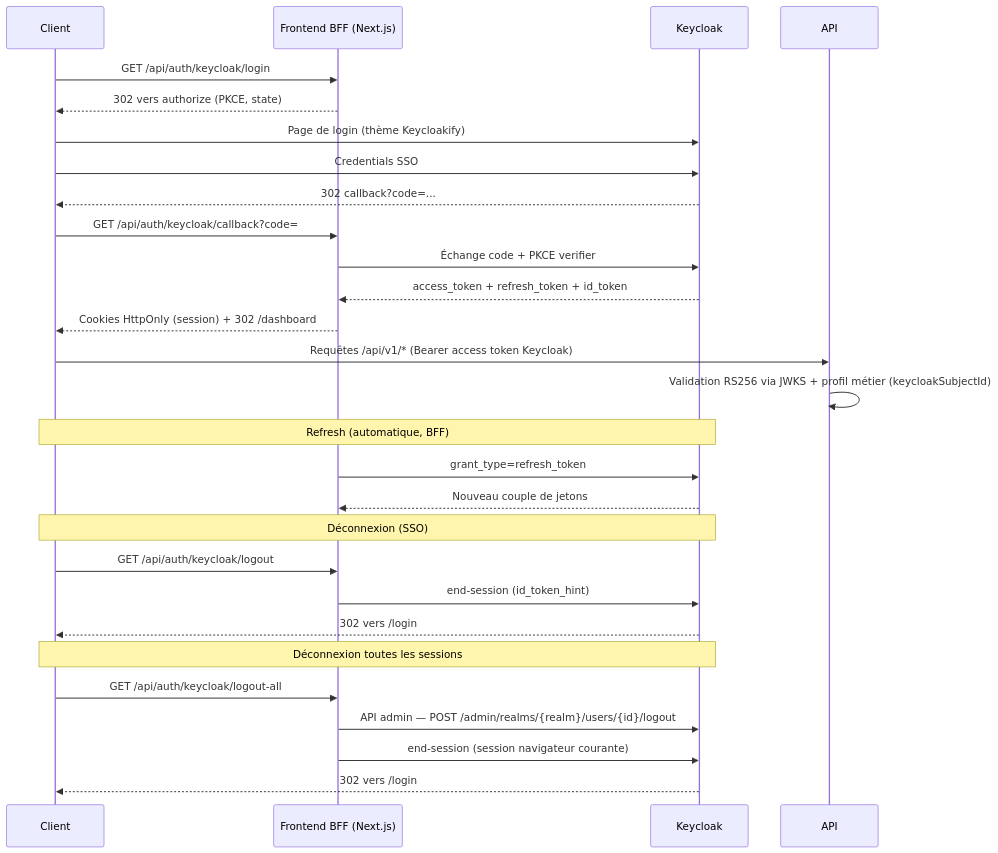
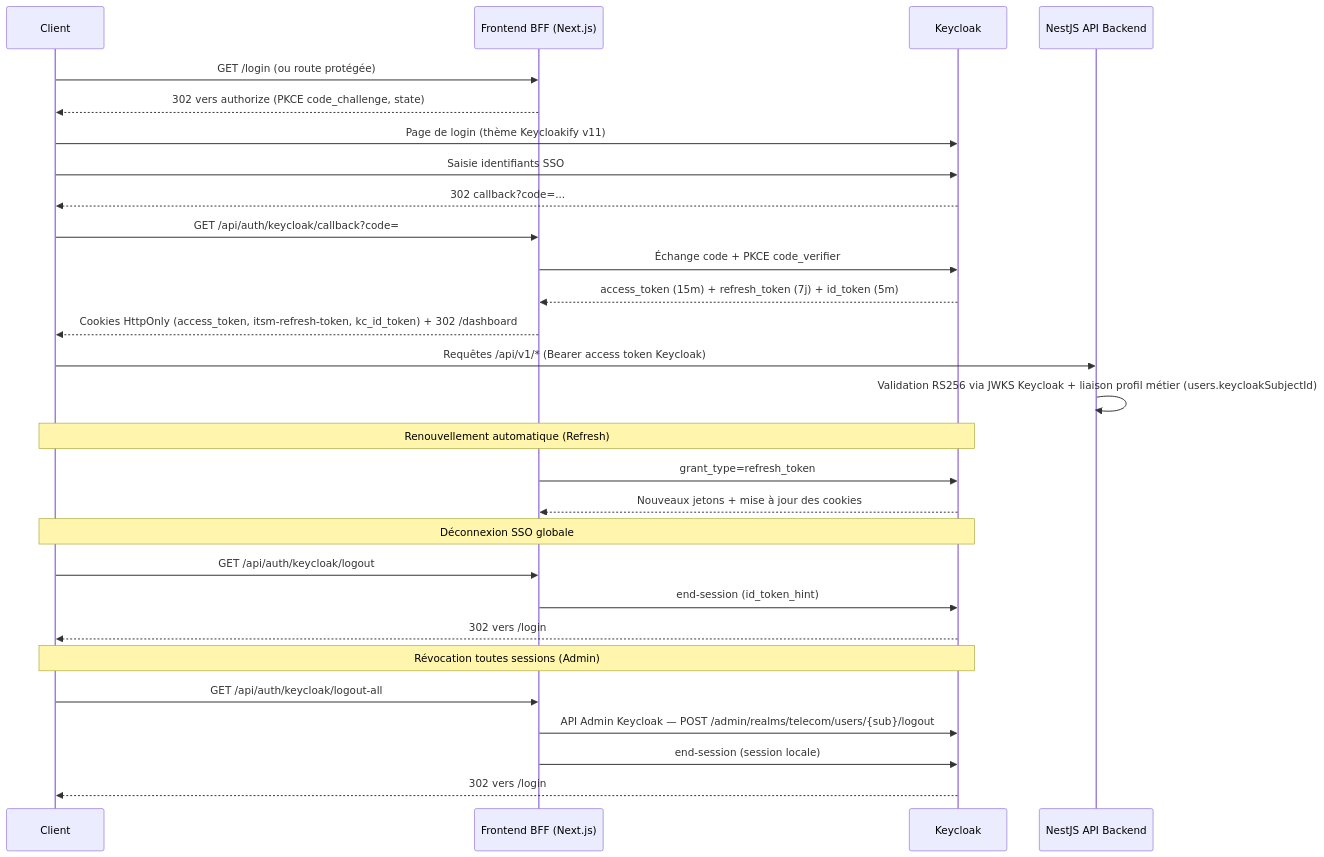
One commit to enockmigjr/Test-Backend-Telecom changed the second of 14 diagrams in docs/architecture-flows.md. Above: the diagram before and after it, drawn with Mermaid. The commit also changed other lines of this file and 9 other files, not shown here.

Commit message:
docs(repo): refonte et mise à jour complète de la documentation, du README et du Makefile

````diff
--- a/docs/architecture-flows.md
+++ b/docs/architecture-flows.md
@@ -29,34 +36,34 @@
 ```mermaid
 sequenceDiagram
     participant Client
     participant BFF as Frontend BFF (Next.js)
     participant Keycloak
-    participant API
+    participant API as NestJS API Backend
 
-    Client->>BFF: GET /api/auth/keycloak/login
-    BFF-->>Client: 302 vers authorize (PKCE, state)
-    Client->>Keycloak: Page de login (thème Keycloakify)
-    Client->>Keycloak: Credentials SSO
+    Client->>BFF: GET /login (ou route protégée)
+    BFF-->>Client: 302 vers authorize (PKCE code_challenge, state)
+    Client->>Keycloak: Page de login (thème Keycloakify v11)
+    Client->>Keycloak: Saisie identifiants SSO
     Keycloak-->>Client: 302 callback?code=...
     Client->>BFF: GET /api/auth/keycloak/callback?code=
-    BFF->>Keycloak: Échange code + PKCE verifier
-    Keycloak-->>BFF: access_token + refresh_token + id_token
-    BFF-->>Client: Cookies HttpOnly (session) + 302 /dashboard
+    BFF->>Keycloak: Échange code + PKCE code_verifier
+    Keycloak-->>BFF: access_token (15m) + refresh_token (7j) + id_token (5m)
+    BFF-->>Client: Cookies HttpOnly (access_token, itsm-refresh-token, kc_id_token) + 302 /dashboard
     Client->>API: Requêtes /api/v1/* (Bearer access token Keycloak)
-    API->>API: Validation RS256 via JWKS + profil métier (keycloakSubjectId)
+    API->>API: Validation RS256 via JWKS Keycloak + liaison profil métier (users.keycloakSubjectId)
 
-    Note over Client,Keycloak: Refresh (automatique, BFF)
+    Note over Client,Keycloak: Renouvellement automatique (Refresh)
     BFF->>Keycloak: grant_type=refresh_token
-    Keycloak-->>BFF: Nouveau couple de jetons
+    Keycloak-->>BFF: Nouveaux jetons + mise à jour des cookies
 
-    Note over Client,Keycloak: Déconnexion (SSO)
+    Note over Client,Keycloak: Déconnexion SSO globale
     Client->>BFF: GET /api/auth/keycloak/logout
     BFF->>Keycloak: end-session (id_token_hint)
     Keycloak-->>Client: 302 vers /login
 
-    Note over Client,Keycloak: Déconnexion toutes les sessions
+    Note over Client,Keycloak: Révocation toutes sessions (Admin)
     Client->>BFF: GET /api/auth/keycloak/logout-all
-    BFF->>Keycloak: API admin — POST /admin/realms/{realm}/users/{id}/logout
-    BFF->>Keycloak: end-session (session navigateur courante)
+    BFF->>Keycloak: API Admin Keycloak — POST /admin/realms/telecom/users/{sub}/logout
+    BFF->>Keycloak: end-session (session locale)
     Keycloak-->>Client: 302 vers /login
 ```
````
